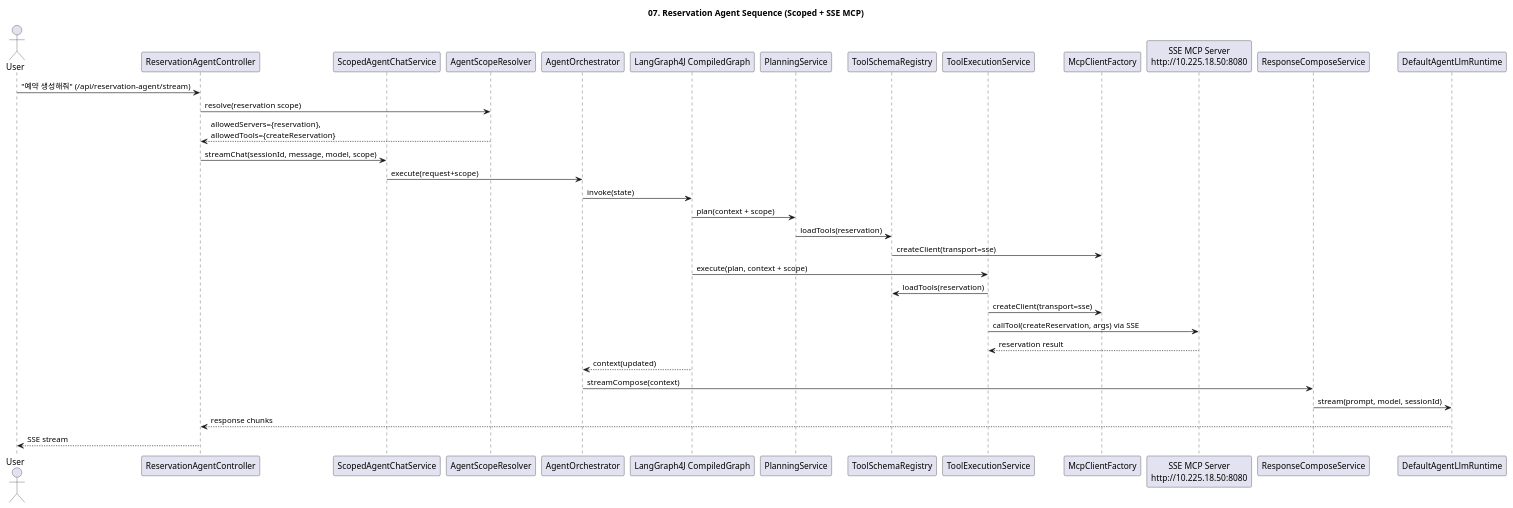
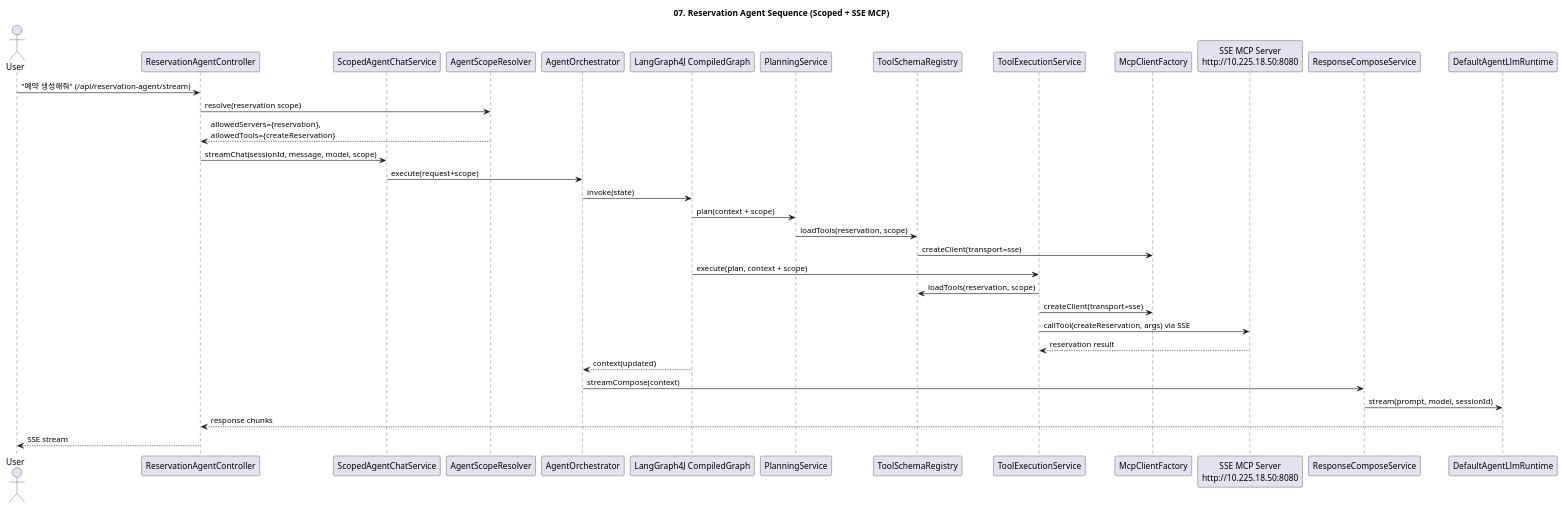
One commit to kim57uak/spring-ai changed the diagram in documents/mcp-orchestrator-architecture/07-reservation-query-sequence.puml. Above: the diagram before and after it, drawn with PlantUML. The commit also changed 123 other files, not shown here.

```diff
--- a/documents/mcp-orchestrator-architecture/07-reservation-query-sequence.puml
+++ b/documents/mcp-orchestrator-architecture/07-reservation-query-sequence.puml
@@ -1,44 +1,44 @@
 @startuml
 !pragma layout smetana
 title 07. Reservation Agent Sequence (Scoped + SSE MCP)
 
 skinparam shadowing false
 
 actor User
 participant "ReservationAgentController" as Controller
 participant "ScopedAgentChatService" as ChatService
 participant "AgentScopeResolver" as ScopeResolver
 participant "AgentOrchestrator" as Orchestrator
 participant "LangGraph4J CompiledGraph" as StateGraph
 participant "PlanningService" as Planner
 participant "ToolSchemaRegistry" as SchemaRegistry
 participant "ToolExecutionService" as Executor
 participant "McpClientFactory" as McpFactory
 participant "SSE MCP Server\nhttp://10.225.18.50:8080" as ReservationMcp
 participant "ResponseComposeService" as Composer
 participant "DefaultAgentLlmRuntime" as Runtime
 
 User -> Controller : "예약 생성해줘" (/api/reservation-agent/stream)
 Controller -> ScopeResolver : resolve(reservation scope)
 ScopeResolver --> Controller : allowedServers={reservation},\nallowedTools={createReservation}
 Controller -> ChatService : streamChat(sessionId, message, model, scope)
 ChatService -> Orchestrator : execute(request+scope)
 Orchestrator -> StateGraph : invoke(state)
 
 StateGraph -> Planner : plan(context + scope)
-Planner -> SchemaRegistry : loadTools(reservation)
+Planner -> SchemaRegistry : loadTools(reservation, scope)
 SchemaRegistry -> McpFactory : createClient(transport=sse)
 
 StateGraph -> Executor : execute(plan, context + scope)
-Executor -> SchemaRegistry : loadTools(reservation)
+Executor -> SchemaRegistry : loadTools(reservation, scope)
 Executor -> McpFactory : createClient(transport=sse)
 Executor -> ReservationMcp : callTool(createReservation, args) via SSE
 ReservationMcp --> Executor : reservation result
 
 StateGraph --> Orchestrator : context(updated)
 Orchestrator -> Composer : streamCompose(context)
 Composer -> Runtime : stream(prompt, model, sessionId)
 Runtime --> Controller : response chunks
 Controller --> User : SSE stream
 
 @enduml
```
